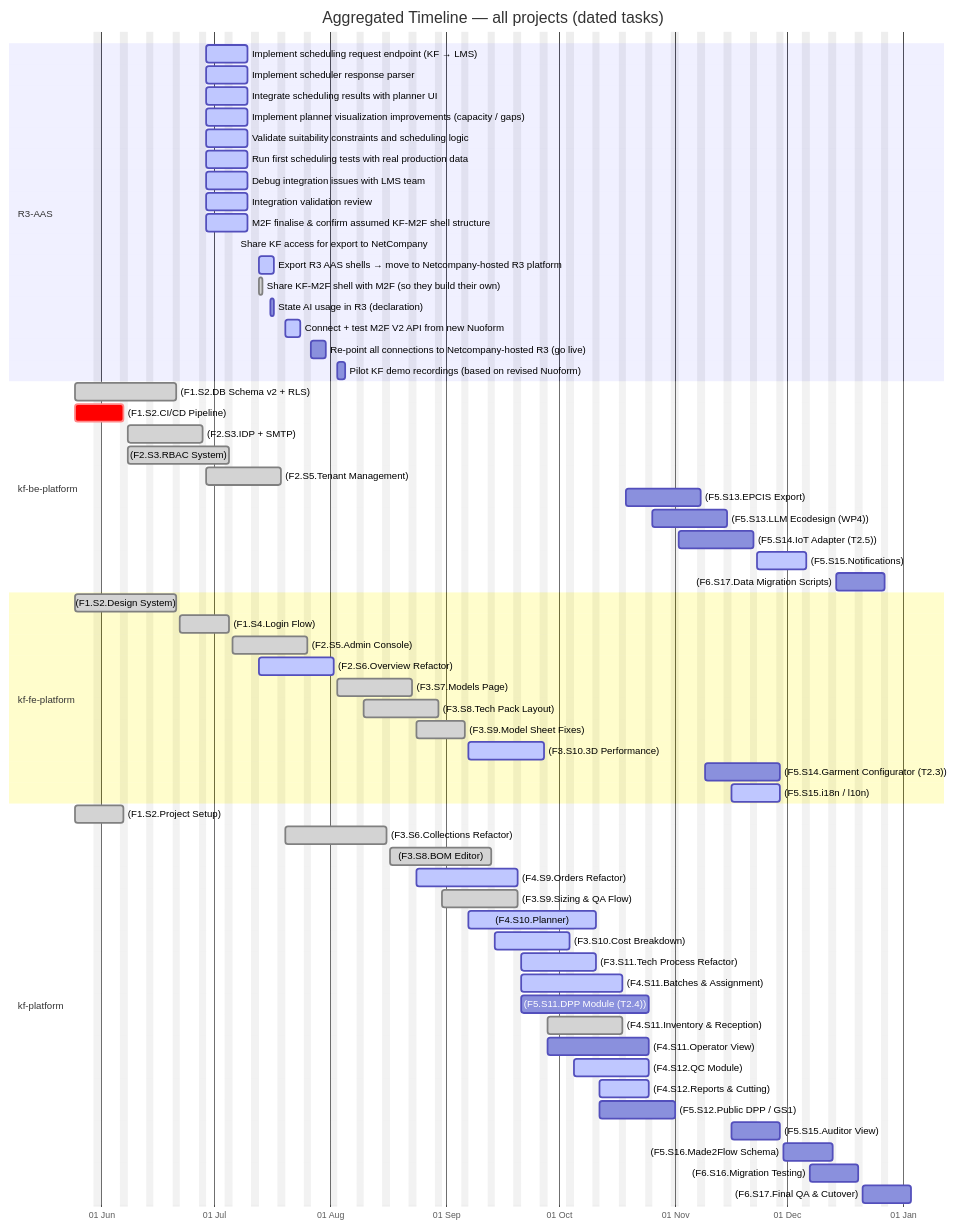
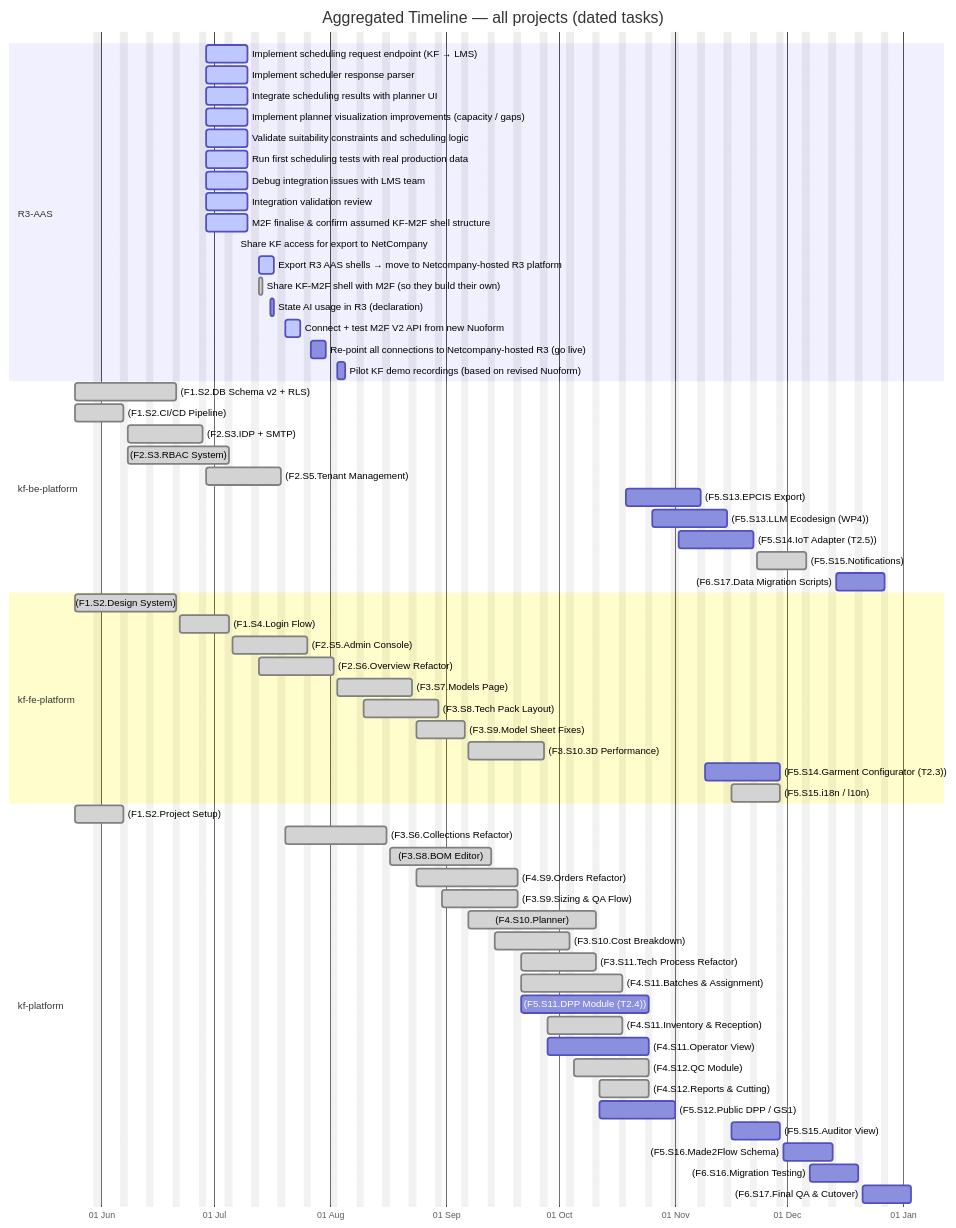
Before and after one commit to Katty-Fashion/kf-cpto: the third of 6 diagrams in docs/unified-calendar.md, drawn with Mermaid. The commit also changed other lines of this file and 14 other files, not shown here.

````diff
--- a/docs/unified-calendar.md
+++ b/docs/unified-calendar.md
@@ -61,67 +61,67 @@
 ```mermaid
 gantt
     title Aggregated Timeline — all projects (dated tasks)
     dateFormat YYYY-MM-DD
     axisFormat %d %b
     excludes weekends
 
     section R3-AAS
     Implement scheduling request endpoint (KF → LMS) :active, 2026-06-29, 2026-07-10
     Implement scheduler response parser :active, 2026-06-29, 2026-07-10
     Integrate scheduling results with planner UI :active, 2026-06-29, 2026-07-10
     Implement planner visualization improvements (capacity / gaps) :active, 2026-06-29, 2026-07-10
     Validate suitability constraints and scheduling logic :active, 2026-06-29, 2026-07-10
     Run first scheduling tests with real production data :active, 2026-06-29, 2026-07-10
     Debug integration issues with LMS team :active, 2026-06-29, 2026-07-10
     Integration validation review :active, 2026-06-29, 2026-07-10
     M2F finalise & confirm assumed KF-M2F shell structure :active, 2026-06-29, 2026-07-10
     Share KF access for export to NetCompany :done, 2026-07-07, 2026-07-07
     Export R3 AAS shells → move to Netcompany-hosted R3 platform :active, 2026-07-13, 2026-07-17
     Share KF-M2F shell with M2F (so they build their own) :done, 2026-07-13, 2026-07-14
     State AI usage in R3 (declaration) :2026-07-16, 2026-07-17
     Connect + test M2F V2 API from new Nuoform :active, 2026-07-20, 2026-07-24
     Re-point all connections to Netcompany-hosted R3 (go live) :2026-07-27, 2026-07-31
     Pilot KF demo recordings (based on revised Nuoform) :2026-08-03, 2026-08-05
     section kf-be-platform
     (F1.S2.DB Schema v2 + RLS) :done, 2026-05-25, 2026-06-21
-    (F1.S2.CI/CD Pipeline) :crit, 2026-05-25, 2026-06-07
+    (F1.S2.CI/CD Pipeline) :done, 2026-05-25, 2026-06-07
     (F2.S3.IDP + SMTP) :done, 2026-06-08, 2026-06-28
     (F2.S3.RBAC System) :done, 2026-06-08, 2026-07-05
     (F2.S5.Tenant Management) :done, 2026-06-29, 2026-07-19
     (F5.S13.EPCIS Export) :2026-10-19, 2026-11-08
     (F5.S13.LLM Ecodesign (WP4)) :2026-10-26, 2026-11-15
     (F5.S14.IoT Adapter (T2.5)) :2026-11-02, 2026-11-22
-    (F5.S15.Notifications) :active, 2026-11-23, 2026-12-06
+    (F5.S15.Notifications) :done, 2026-11-23, 2026-12-06
     (F6.S17.Data Migration Scripts) :2026-12-14, 2026-12-27
     section kf-fe-platform
     (F1.S2.Design System) :done, 2026-05-25, 2026-06-21
     (F1.S4.Login Flow) :done, 2026-06-22, 2026-07-05
     (F2.S5.Admin Console) :done, 2026-07-06, 2026-07-26
-    (F2.S6.Overview Refactor) :active, 2026-07-13, 2026-08-02
+    (F2.S6.Overview Refactor) :done, 2026-07-13, 2026-08-02
     (F3.S7.Models Page) :done, 2026-08-03, 2026-08-23
     (F3.S8.Tech Pack Layout) :done, 2026-08-10, 2026-08-30
     (F3.S9.Model Sheet Fixes) :done, 2026-08-24, 2026-09-06
-    (F3.S10.3D Performance) :active, 2026-09-07, 2026-09-27
+    (F3.S10.3D Performance) :done, 2026-09-07, 2026-09-27
     (F5.S14.Garment Configurator (T2.3)) :2026-11-09, 2026-11-29
-    (F5.S15.i18n / l10n) :active, 2026-11-16, 2026-11-29
+    (F5.S15.i18n / l10n) :done, 2026-11-16, 2026-11-29
     section kf-platform
     (F1.S2.Project Setup) :done, 2026-05-25, 2026-06-07
     (F3.S6.Collections Refactor) :done, 2026-07-20, 2026-08-16
     (F3.S8.BOM Editor) :done, 2026-08-17, 2026-09-13
-    (F4.S9.Orders Refactor) :active, 2026-08-24, 2026-09-20
+    (F4.S9.Orders Refactor) :done, 2026-08-24, 2026-09-20
     (F3.S9.Sizing & QA Flow) :done, 2026-08-31, 2026-09-20
-    (F4.S10.Planner) :active, 2026-09-07, 2026-10-11
-    (F3.S10.Cost Breakdown) :active, 2026-09-14, 2026-10-04
-    (F3.S11.Tech Process Refactor) :active, 2026-09-21, 2026-10-11
-    (F4.S11.Batches & Assignment) :active, 2026-09-21, 2026-10-18
+    (F4.S10.Planner) :done, 2026-09-07, 2026-10-11
+    (F3.S10.Cost Breakdown) :done, 2026-09-14, 2026-10-04
+    (F3.S11.Tech Process Refactor) :done, 2026-09-21, 2026-10-11
+    (F4.S11.Batches & Assignment) :done, 2026-09-21, 2026-10-18
     (F5.S11.DPP Module (T2.4)) :2026-09-21, 2026-10-25
     (F4.S11.Inventory & Reception) :done, 2026-09-28, 2026-10-18
     (F4.S11.Operator View) :2026-09-28, 2026-10-25
-    (F4.S12.QC Module) :active, 2026-10-05, 2026-10-25
-    (F4.S12.Reports & Cutting) :active, 2026-10-12, 2026-10-25
+    (F4.S12.QC Module) :done, 2026-10-05, 2026-10-25
+    (F4.S12.Reports & Cutting) :done, 2026-10-12, 2026-10-25
     (F5.S12.Public DPP / GS1) :2026-10-12, 2026-11-01
     (F5.S15.Auditor View) :2026-11-16, 2026-11-29
     (F5.S16.Made2Flow Schema) :2026-11-30, 2026-12-13
     (F6.S16.Migration Testing) :2026-12-07, 2026-12-20
     (F6.S17.Final QA & Cutover) :2026-12-21, 2027-01-03
 ```
````
